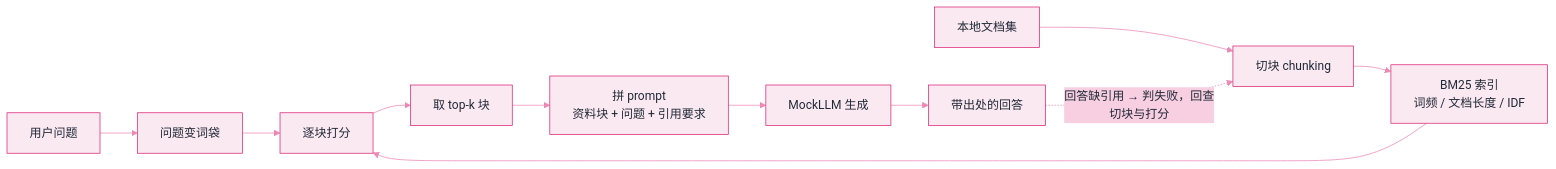
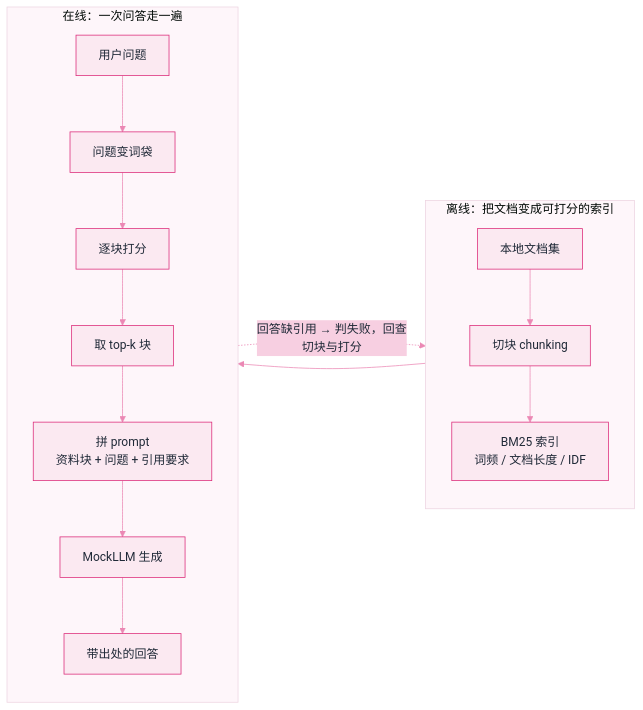
The diagram in docs/19-labs/lab2-rag.md (funny8kids/ai-agent-handbook), drawn with Mermaid before and after one commit. The commit also changed other lines of this file and 1 other file, not shown here.

Commit message:
Rework Lab 2 retrieval diagram into offline/online swimlanes
The single-row LR chain rendered too small to read at the live content
width, so the same nodes now sit in two labelled lanes and the
"answer without citations goes back to chunking" edge is explicit.

````diff
--- a/docs/19-labs/lab2-rag.md
+++ b/docs/19-labs/lab2-rag.md
@@ -17,14 +17,20 @@
 ```mermaid
 %%{init: {"theme":"base","themeVariables":{"primaryColor":"#FBE9F1","primaryBorderColor":"#DB2777","primaryTextColor":"#1F2937","secondaryColor":"#F7CFE1","tertiaryColor":"#FEF6FA","lineColor":"#EB88B4","actorBkg":"#FDF0F5","actorBorder":"#DB2777","actorTextColor":"#1F2937","signalColor":"#E5619C","noteBkgColor":"#F9DCE9","noteBorderColor":"#DB2777","noteTextColor":"#1F2937","labelBoxBkgColor":"#FBE9F1","labelBoxBorderColor":"#DB2777"}}}%%
 flowchart LR
-    Q["用户问题"] --> TOK["问题变词袋"]
-    DOC["本地文档集"] --> CHK["切块 chunking"]
-    CHK --> IDX["BM25 索引<br/>词频 / 文档长度 / IDF"]
-    TOK --> SC["逐块打分"]
+    subgraph OFF["离线：把文档变成可打分的索引"]
+        direction TB
+        DOC["本地文档集"] --> CHK["切块 chunking"]
+        CHK --> IDX["BM25 索引<br/>词频 / 文档长度 / IDF"]
+    end
+    subgraph ON["在线：一次问答走一遍"]
+        direction TB
+        Q["用户问题"] --> TOK["问题变词袋"]
+        TOK --> SC["逐块打分"]
+        SC --> TOPK["取 top-k 块"]
+        TOPK --> PR["拼 prompt<br/>资料块 + 问题 + 引用要求"]
+        PR --> LLM["MockLLM 生成"]
+        LLM --> ANS["带出处的回答"]
+    end
     IDX --> SC
-    SC --> TOPK["取 top-k 块"]
-    TOPK --> PR["拼 prompt<br/>资料块 + 问题 + 引用要求"]
-    PR --> LLM["MockLLM 生成"]
-    LLM --> ANS["带出处的回答"]
     ANS -.->|"回答缺引用 → 判失败，回查切块与打分"| CHK
 ```
````
